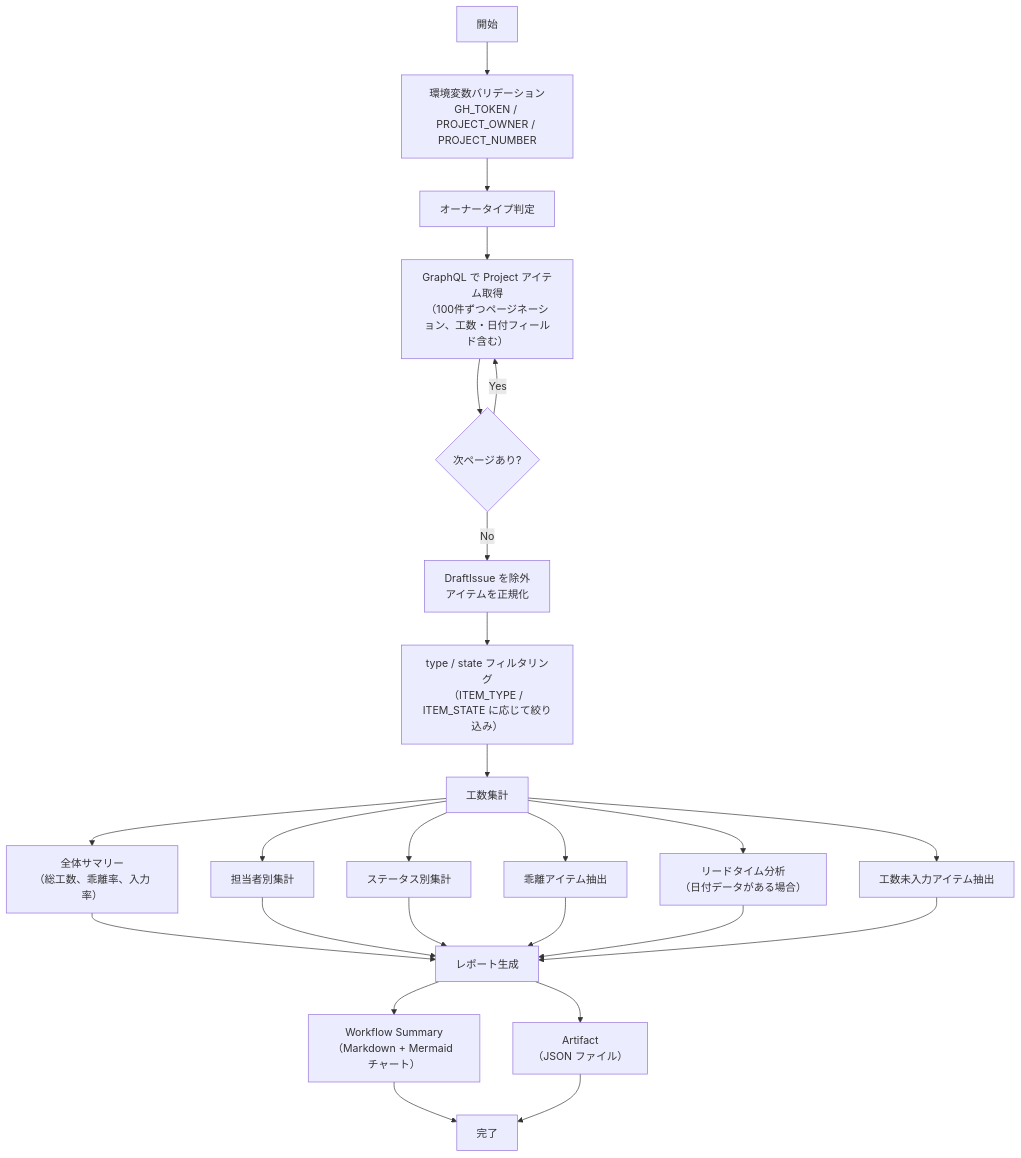
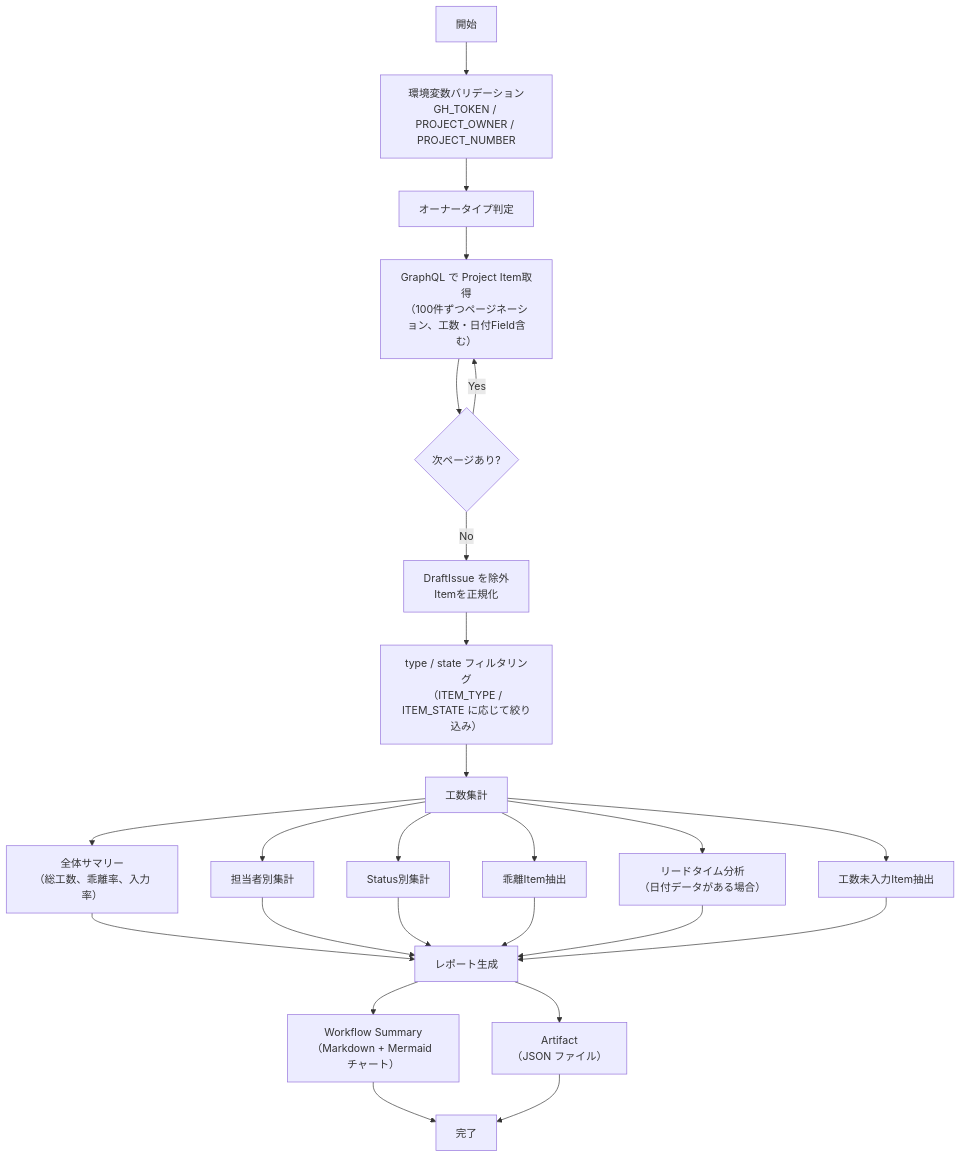
Before and after one commit to lurest-inc/github-projects-ops-kit: the diagram in docs/scripts/generate-effort-report.md, drawn with Mermaid. The commit also changed other lines of this file and 23 other files, not shown here.

````diff
--- a/docs/scripts/generate-effort-report.md
+++ b/docs/scripts/generate-effort-report.md
@@ -67,22 +67,22 @@
 ```mermaid
 flowchart TD
     A["開始"] --> B["環境変数バリデーション\nGH_TOKEN / PROJECT_OWNER / PROJECT_NUMBER"]
     B --> C["オーナータイプ判定"]
-    C --> D["GraphQL で Project アイテム取得\n（100件ずつページネーション、工数・日付フィールド含む）"]
+    C --> D["GraphQL で Project Item取得\n（100件ずつページネーション、工数・日付Field含む）"]
     D --> E{"次ページあり?"}
     E -- "Yes" --> D
-    E -- "No" --> F["DraftIssue を除外\nアイテムを正規化"]
+    E -- "No" --> F["DraftIssue を除外\nItemを正規化"]
 
     F --> G["type / state フィルタリング\n（ITEM_TYPE / ITEM_STATE に応じて絞り込み）"]
     G --> H["工数集計"]
     H --> I["全体サマリー\n（総工数、乖離率、入力率）"]
     H --> J["担当者別集計"]
-    H --> K["ステータス別集計"]
-    H --> L["乖離アイテム抽出"]
+    H --> K["Status別集計"]
+    H --> L["乖離Item抽出"]
     H --> M["リードタイム分析\n（日付データがある場合）"]
-    H --> N["工数未入力アイテム抽出"]
+    H --> N["工数未入力Item抽出"]
     I & J & K & L & M & N --> O["レポート生成"]
     O --> P["Workflow Summary\n（Markdown + Mermaid チャート）"]
     O --> Q["Artifact\n（JSON ファイル）"]
     P & Q --> R["完了"]
 ```
````
